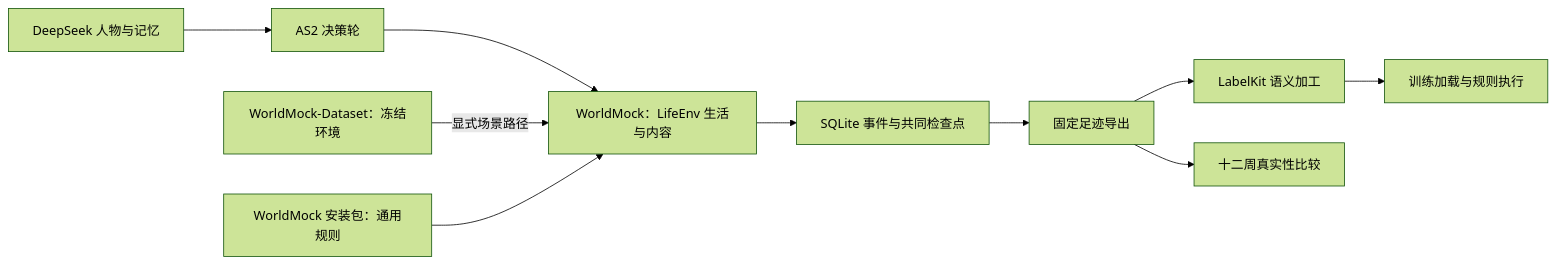
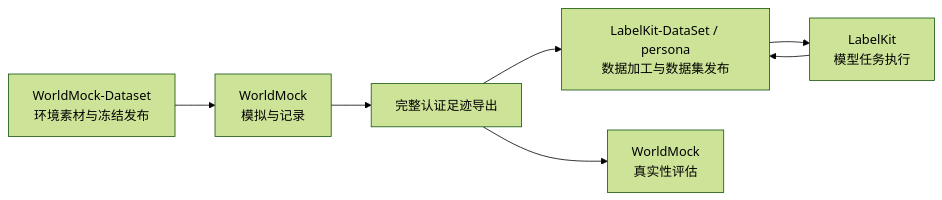
The diagram in README.md (HoldThatThgt/WorldMock), drawn with Mermaid (forest theme) before and after one commit. The commit also changed other lines of this file and 183 other files, not shown here.

Commit message:
refactor: separate dataset processing from WorldMock

````diff
--- a/README.md
+++ b/README.md
@@ -41,12 +8,9 @@
 ```mermaid
 flowchart LR
-    A[DeepSeek 人物与记忆] --> B[AS2 决策轮]
-    B --> C[WorldMock：LifeEnv 生活与内容]
-    I[WorldMock-Dataset：冻结环境] -->|显式场景路径| C
-    J[WorldMock 安装包：通用规则] --> C
-    C --> D[SQLite 事件与共同检查点]
-    D --> E[固定足迹导出]
-    E --> F[LabelKit 语义加工]
-    F --> G[训练加载与规则执行]
-    E --> H[十二周真实性比较]
+    D[WorldMock-Dataset<br/>环境素材与冻结发布] --> W[WorldMock<br/>模拟与记录]
+    W --> E[完整认证足迹导出]
+    E --> P[LabelKit-DataSet / persona<br/>数据加工与数据集发布]
+    P --> L[LabelKit<br/>模型任务执行]
+    L --> P
+    E --> V[WorldMock<br/>真实性评估]
 ```
````
